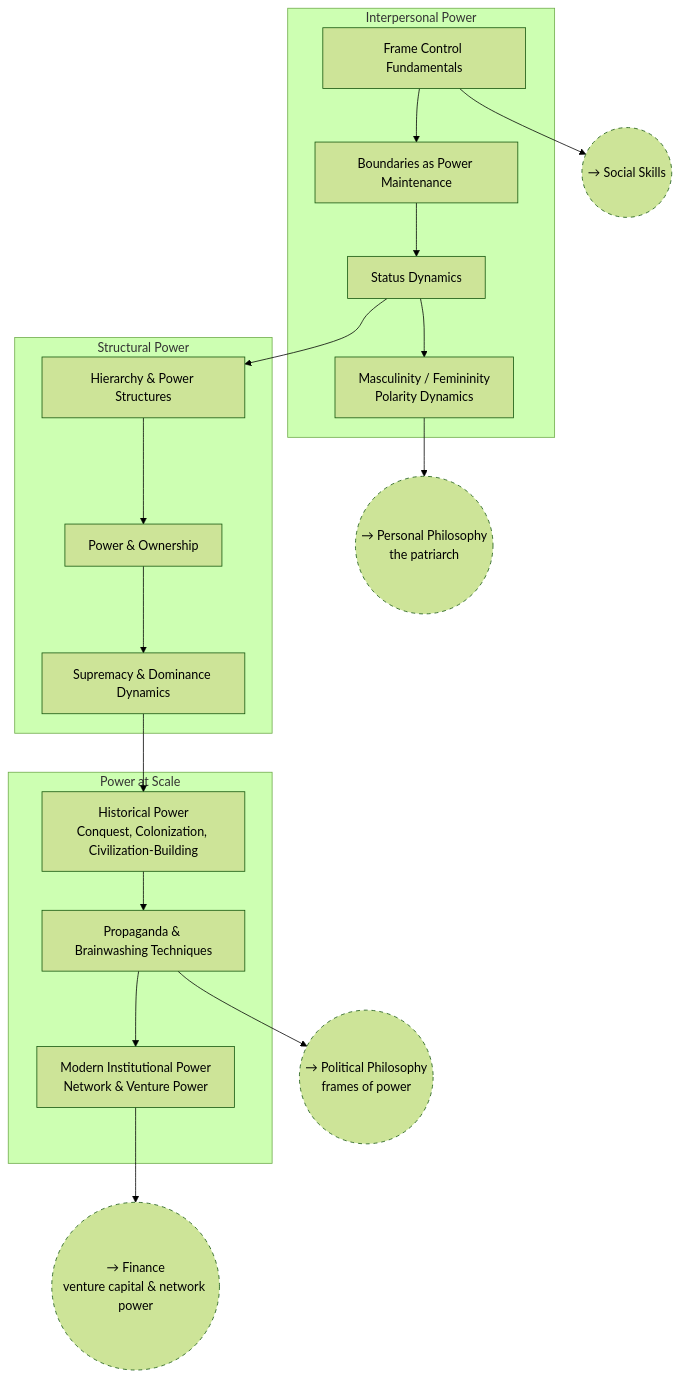
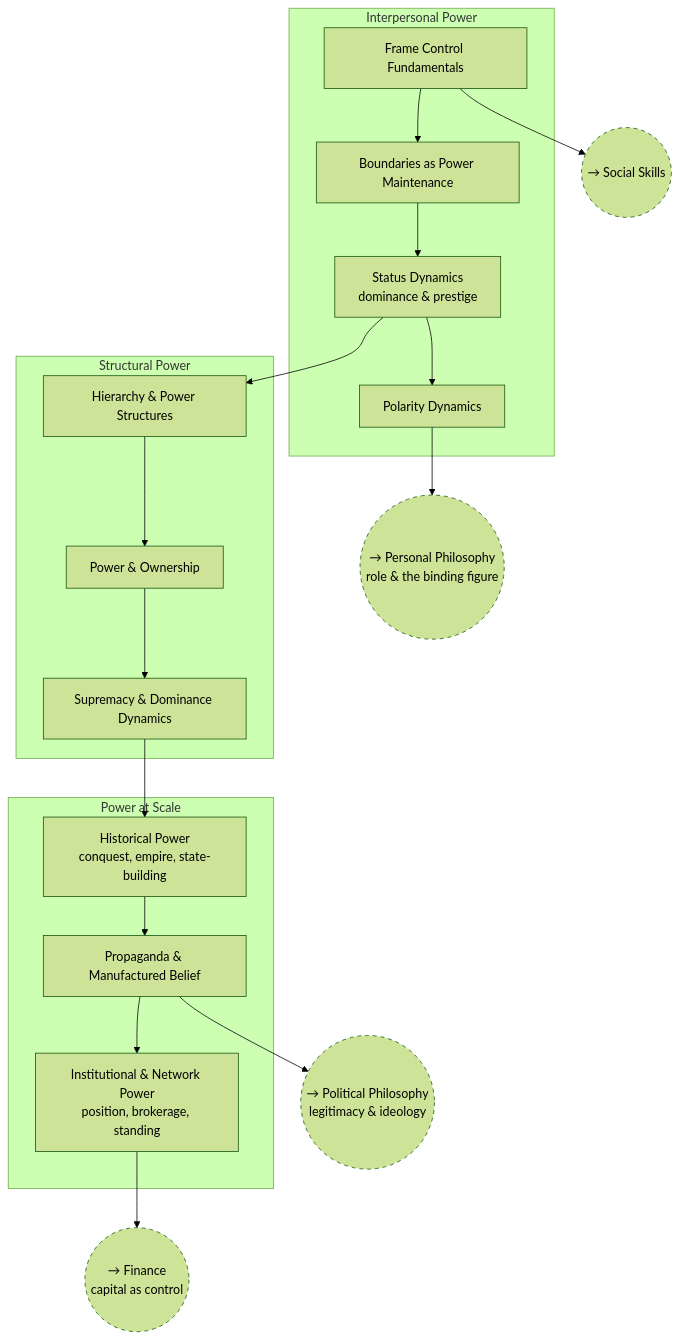
The diagram in trees/power-and-frame-control/index.md (nocontextwindow/skill-trees), drawn with Mermaid (forest theme) before and after one commit. The commit also changed other lines of this file and 50 other files, not shown here.

````diff
--- a/trees/power-and-frame-control/index.md
+++ b/trees/power-and-frame-control/index.md
@@ -8,37 +13,37 @@
 ```mermaid
 flowchart TD
     subgraph "Interpersonal Power"
         PWR_FRAME[Frame Control Fundamentals]
         PWR_BOUND[Boundaries as Power Maintenance]
-        PWR_STATUS[Status Dynamics]
-        PWR_POLARITY[Masculinity / Femininity<br/>Polarity Dynamics]
+        PWR_STATUS[Status Dynamics<br/>dominance & prestige]
+        PWR_POLARITY[Polarity Dynamics]
         PWR_FRAME --> PWR_BOUND --> PWR_STATUS --> PWR_POLARITY
     end
 
     subgraph "Structural Power"
         PWR_HIER[Hierarchy & Power Structures]
         PWR_OWNER[Power & Ownership]
         PWR_DOMINANCE[Supremacy & Dominance Dynamics]
         PWR_HIER --> PWR_OWNER --> PWR_DOMINANCE
     end
 
     subgraph "Power at Scale"
-        PWR_HISTORY[Historical Power<br/>Conquest, Colonization, Civilization-Building]
-        PWR_PROP[Propaganda & Brainwashing Techniques]
-        PWR_MODERN[Modern Institutional Power<br/>Network & Venture Power]
+        PWR_HISTORY[Historical Power<br/>conquest, empire, state-building]
+        PWR_PROP[Propaganda & Manufactured Belief]
+        PWR_MODERN[Institutional & Network Power<br/>position, brokerage, standing]
         PWR_HISTORY --> PWR_PROP --> PWR_MODERN
     end
 
     PWR_STATUS --> PWR_HIER
     PWR_DOMINANCE --> PWR_HISTORY
 
     classDef crosslink stroke-dasharray: 5 5
     PWR_SOC(("→ Social Skills")):::crosslink
-    PWR_POL(("→ Political Philosophy<br/>frames of power")):::crosslink
-    PWR_PP(("→ Personal Philosophy<br/>the patriarch")):::crosslink
-    PWR_FIN(("→ Finance<br/>venture capital & network power")):::crosslink
+    PWR_POL(("→ Political Philosophy<br/>legitimacy & ideology")):::crosslink
+    PWR_PP(("→ Personal Philosophy<br/>role & the binding figure")):::crosslink
+    PWR_FIN(("→ Finance<br/>capital as control")):::crosslink
     PWR_FRAME --> PWR_SOC
     PWR_PROP --> PWR_POL
     PWR_POLARITY --> PWR_PP
     PWR_MODERN --> PWR_FIN
 ```
````
